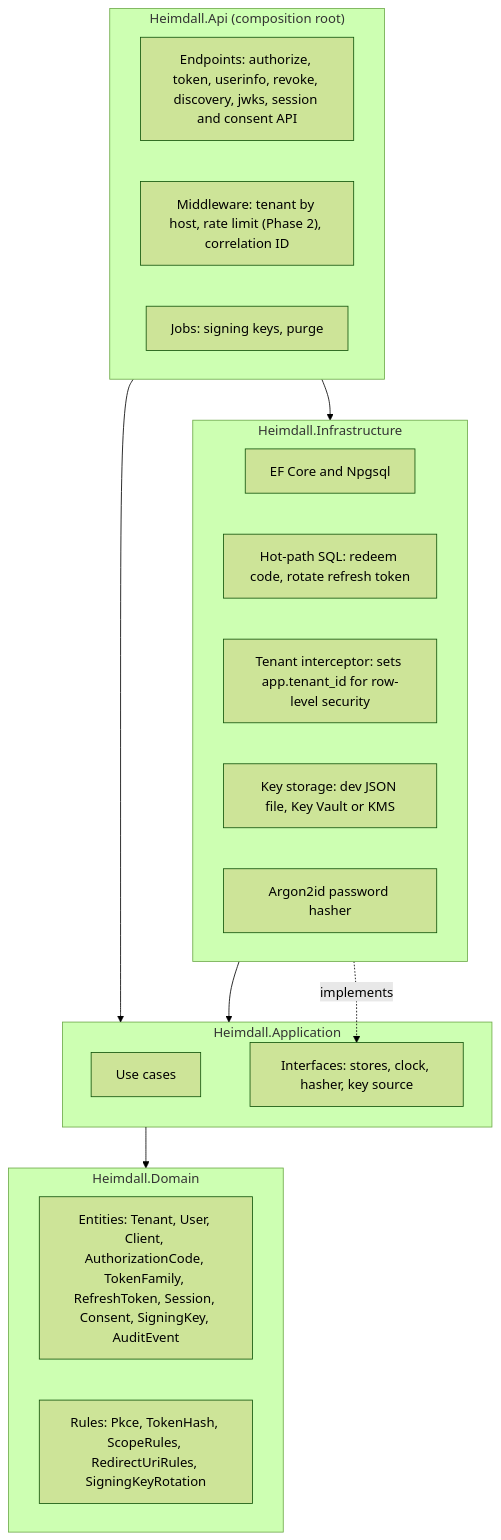
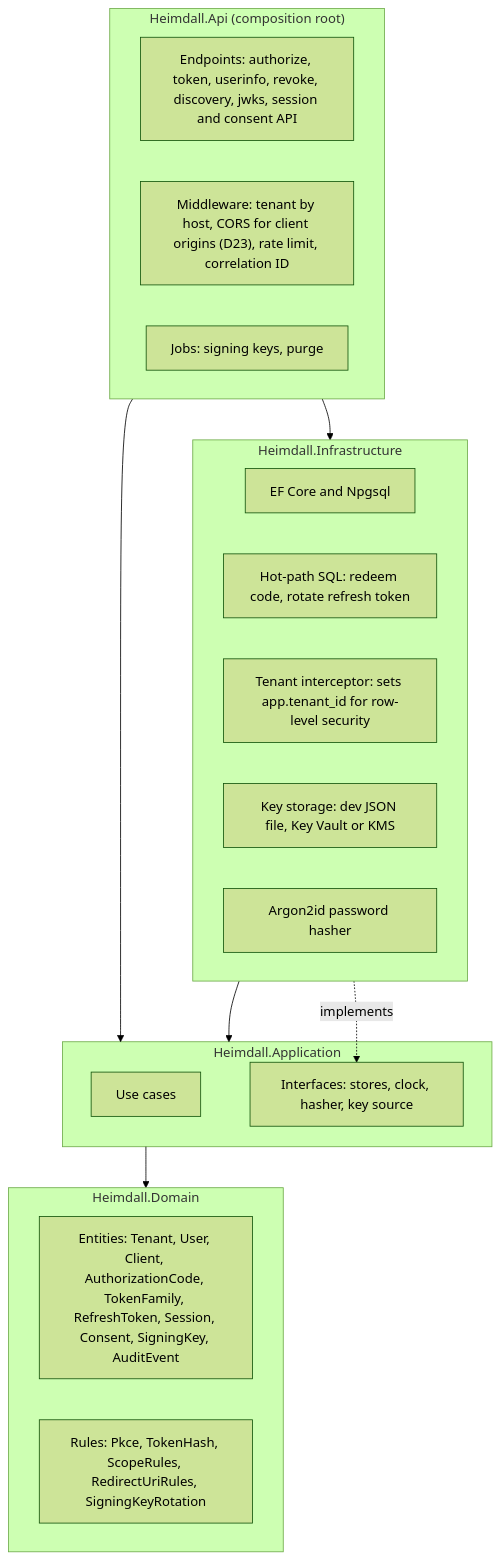
The first of 3 diagrams in docs/diagrams/01-architecture.md (Parth2500/heimdall-idp), drawn with Mermaid (forest theme) before and after one commit. The commit also changed 18 other files, not shown here.

First line of the commit message:
Allow CORS for client origins and seed the demo SPA client

````diff
--- a/docs/diagrams/01-architecture.md
+++ b/docs/diagrams/01-architecture.md
@@ -7,29 +7,29 @@
 ```mermaid
 flowchart TB
     subgraph Api["Heimdall.Api (composition root)"]
         EP["Endpoints: authorize, token, userinfo, revoke, discovery, jwks, session and consent API"]
-        MW["Middleware: tenant by host, rate limit (Phase 2), correlation ID"]
+        MW["Middleware: tenant by host, CORS for client origins (D23), rate limit, correlation ID"]
         JOBS["Jobs: signing keys, purge"]
     end
     subgraph Infra["Heimdall.Infrastructure"]
         EF["EF Core and Npgsql"]
         SQL["Hot-path SQL: redeem code, rotate refresh token"]
         RLS["Tenant interceptor: sets app.tenant_id for row-level security"]
         KEYS["Key storage: dev JSON file, Key Vault or KMS"]
         HASH["Argon2id password hasher"]
     end
     subgraph App["Heimdall.Application"]
         UC["Use cases"]
         PORTS["Interfaces: stores, clock, hasher, key source"]
     end
     subgraph Dom["Heimdall.Domain"]
         ENT["Entities: Tenant, User, Client, AuthorizationCode, TokenFamily, RefreshToken, Session, Consent, SigningKey, AuditEvent"]
         RULES["Rules: Pkce, TokenHash, ScopeRules, RedirectUriRules, SigningKeyRotation"]
     end
 
     Api --> App
     Api --> Infra
     Infra --> App
     App --> Dom
     Infra -.implements.-> PORTS
 ```
````
